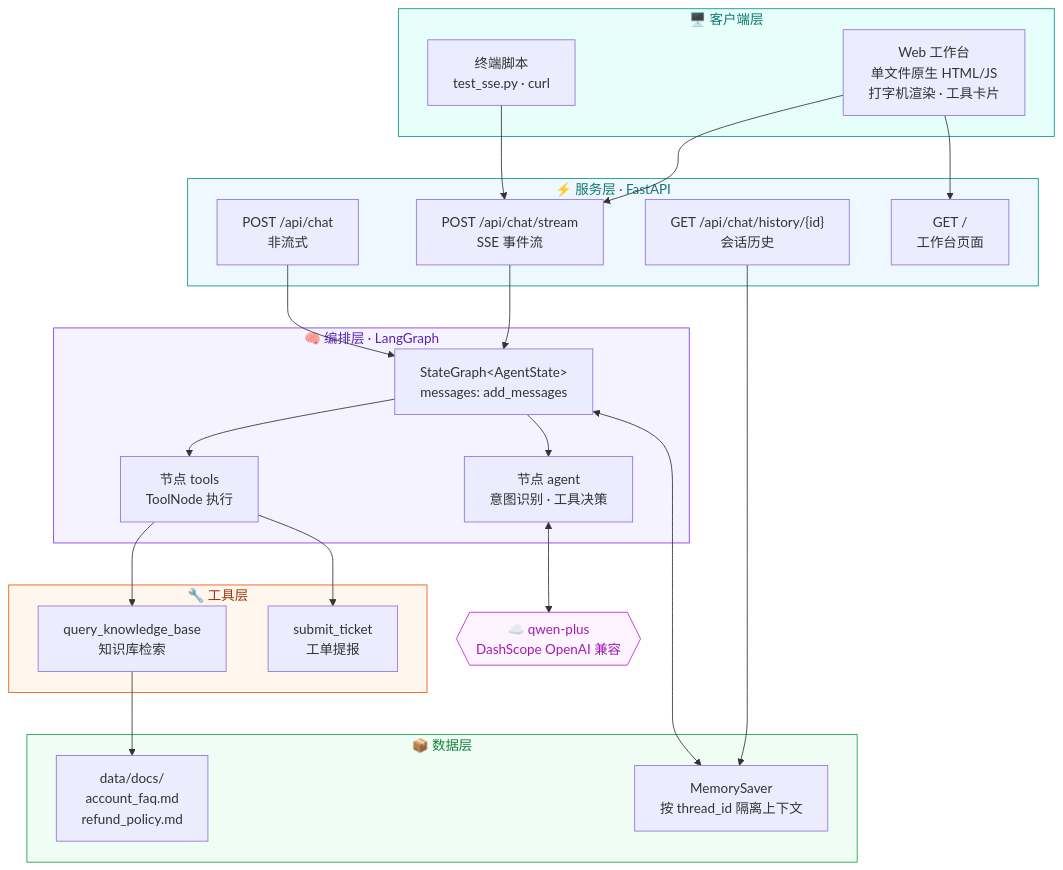
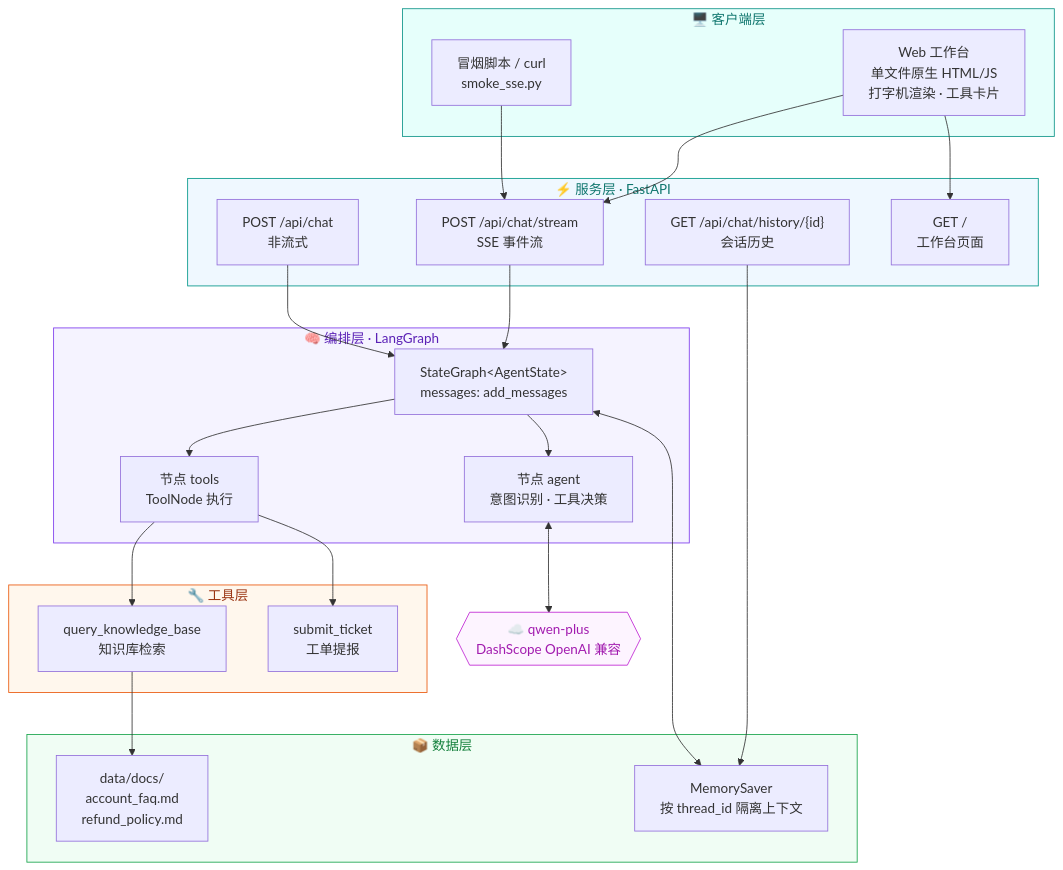
One commit to zhangjiaxuhi-lab/enterprise-service-agent changed the first of 4 diagrams in README.md. Above: the diagram before and after it, drawn with Mermaid. The commit also changed other lines of this file, not shown here.

````diff
--- a/README.md
+++ b/README.md
@@ -73,53 +74,53 @@
 ```mermaid
 flowchart TB
     subgraph Client["🖥️ 客户端层"]
         UI["Web 工作台<br/>单文件原生 HTML/JS<br/>打字机渲染 · 工具卡片"]
-        CLI["终端脚本<br/>test_sse.py · curl"]
+        CLI["冒烟脚本 / curl<br/>smoke_sse.py"]
     end
 
     subgraph API["⚡ 服务层 · FastAPI"]
         SSE["POST /api/chat/stream<br/>SSE 事件流"]
         SYNC["POST /api/chat<br/>非流式"]
         HIST["GET /api/chat/history/{id}<br/>会话历史"]
         IDX["GET /<br/>工作台页面"]
     end
 
     subgraph Agent["🧠 编排层 · LangGraph"]
         ST["StateGraph&lt;AgentState&gt;<br/>messages: add_messages"]
         NA["节点 agent<br/>意图识别 · 工具决策"]
         NT["节点 tools<br/>ToolNode 执行"]
     end
 
     subgraph Tools["🔧 工具层"]
         KB["query_knowledge_base<br/>知识库检索"]
         TK["submit_ticket<br/>工单提报"]
     end
 
     subgraph Data["📦 数据层"]
         DOCS["data/docs/<br/>account_faq.md<br/>refund_policy.md"]
         MEM["MemorySaver<br/>按 thread_id 隔离上下文"]
     end
 
     LLM{{"☁️ qwen-plus<br/>DashScope OpenAI 兼容"}}
 
     UI --> SSE
     CLI --> SSE
     UI --> IDX
     SSE --> ST
     SYNC --> ST
     HIST --> MEM
     ST --> NA
     ST --> NT
     NA <--> LLM
     NT --> KB
     NT --> TK
     KB --> DOCS
     ST <--> MEM
 
     style Client fill:#e6fffb,stroke:#0d9488,color:#0f766e
     style API fill:#eff8ff,stroke:#009688,color:#0f766e
     style Agent fill:#f5f3ff,stroke:#7c3aed,color:#5b21b6
     style Tools fill:#fff7ed,stroke:#ea580c,color:#9a3412
     style Data fill:#f0fdf4,stroke:#16a34a,color:#15803d
     style LLM fill:#fdf4ff,stroke:#c026d3,color:#a21caf
 ```
````
